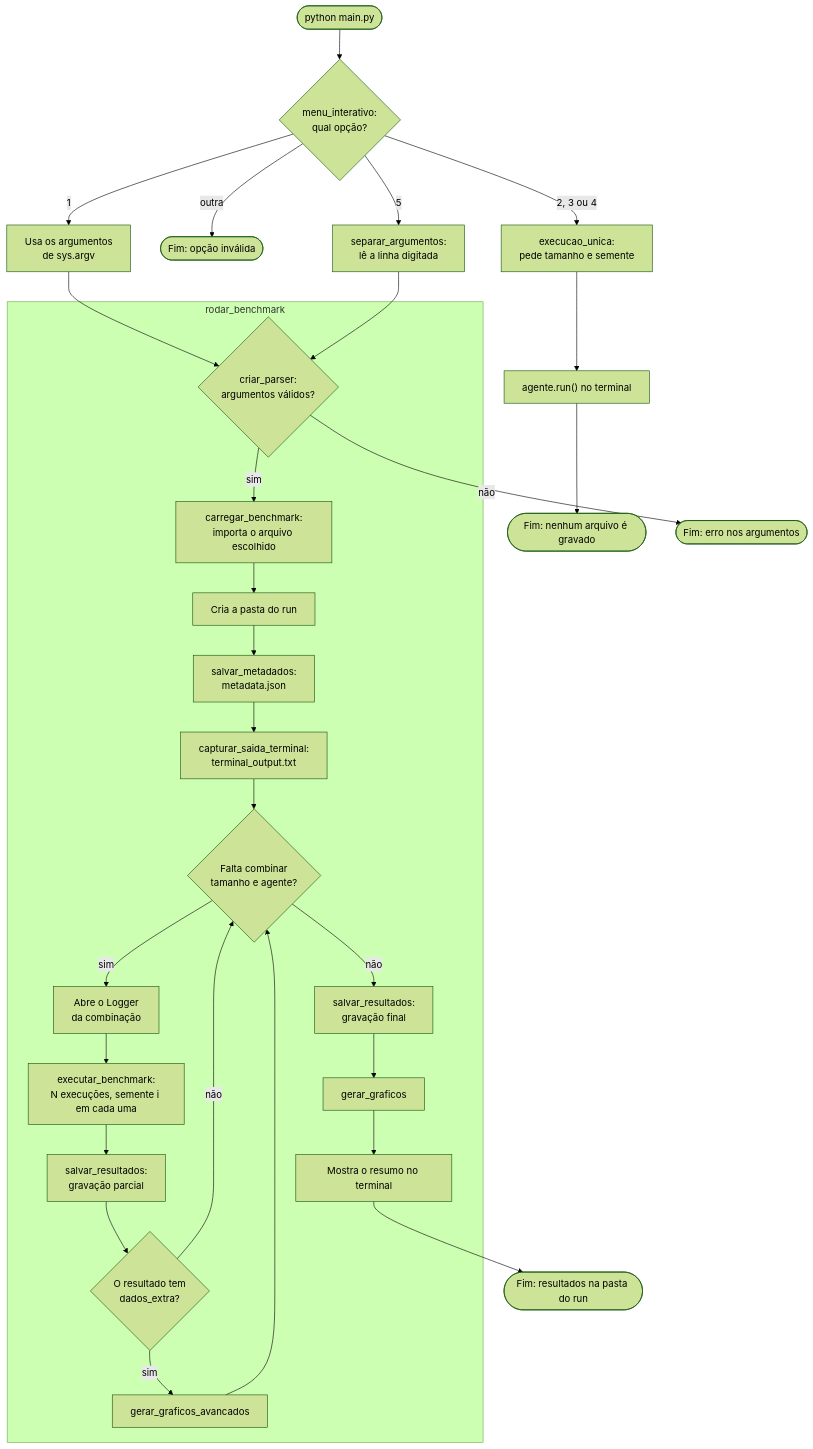
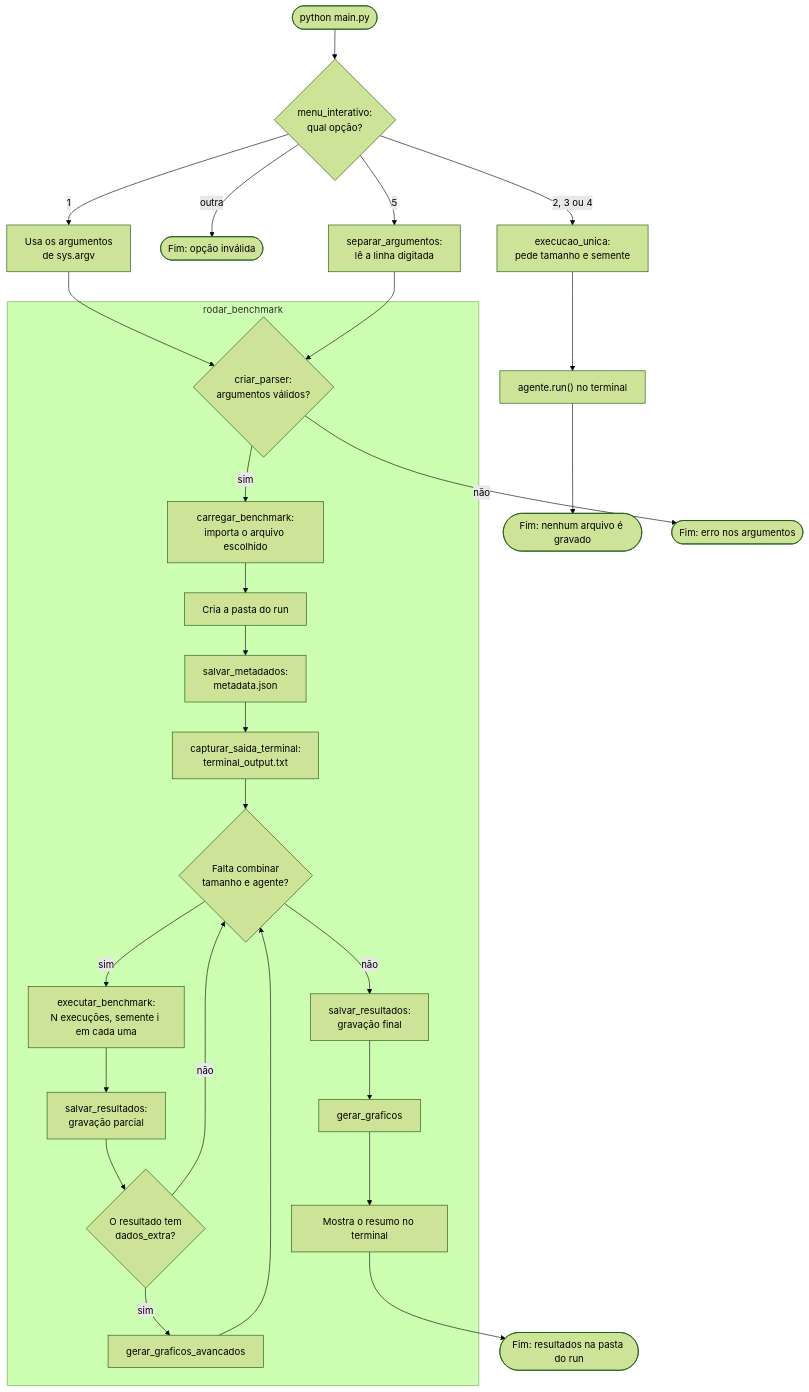
The diagram in docs/arquitetura/fluxo-geral.md (ingrid-kiki/wumpus_world_modular), drawn with Mermaid (forest theme) before and after one commit. The commit also changed 23 other files, not shown here.

````diff
--- a/docs/arquitetura/fluxo-geral.md
+++ b/docs/arquitetura/fluxo-geral.md
@@ -6,39 +6,38 @@
 ```mermaid
 flowchart TD
     inicio(["python main.py"]) --> menu{"menu_interativo:<br/>qual opção?"}
 
     menu -- "2, 3 ou 4" --> unica["execucao_unica:<br/>pede tamanho e semente"]
     unica --> executa["agente.run() no terminal"]
     executa --> fimUnico(["Fim: nenhum arquivo é gravado"])
 
     menu -- "outra" --> invalida(["Fim: opção inválida"])
 
     menu -- "1" --> args1["Usa os argumentos<br/>de sys.argv"]
     menu -- "5" --> args5["separar_argumentos:<br/>lê a linha digitada"]
     args1 --> validos
     args5 --> validos
 
     subgraph rodar["rodar_benchmark"]
         validos{"criar_parser:<br/>argumentos válidos?"}
         validos -- "sim" --> carregar["carregar_benchmark:<br/>importa o arquivo escolhido"]
         carregar --> pasta["Cria a pasta do run"]
         pasta --> metadados["salvar_metadados:<br/>metadata.json"]
         metadados --> captura["capturar_saida_terminal:<br/>terminal_output.txt"]
         captura --> falta{"Falta combinar<br/>tamanho e agente?"}
 
-        falta -- "sim" --> logger["Abre o Logger<br/>da combinação"]
-        logger --> benchmark["executar_benchmark:<br/>N execuções, semente i em cada uma"]
+        falta -- "sim" --> benchmark["executar_benchmark:<br/>N execuções, semente i em cada uma"]
         benchmark --> parcial["salvar_resultados:<br/>gravação parcial"]
         parcial --> extras{"O resultado tem<br/>dados_extra?"}
         extras -- "sim" --> avancados["gerar_graficos_avancados"]
         extras -- "não" --> falta
         avancados --> falta
 
         falta -- "não" --> final["salvar_resultados:<br/>gravação final"]
         final --> graficos["gerar_graficos"]
         graficos --> resumo["Mostra o resumo no terminal"]
     end
 
     validos -- "não" --> erroArgs(["Fim: erro nos argumentos"])
     resumo --> fim(["Fim: resultados na pasta do run"])
 ```
````
